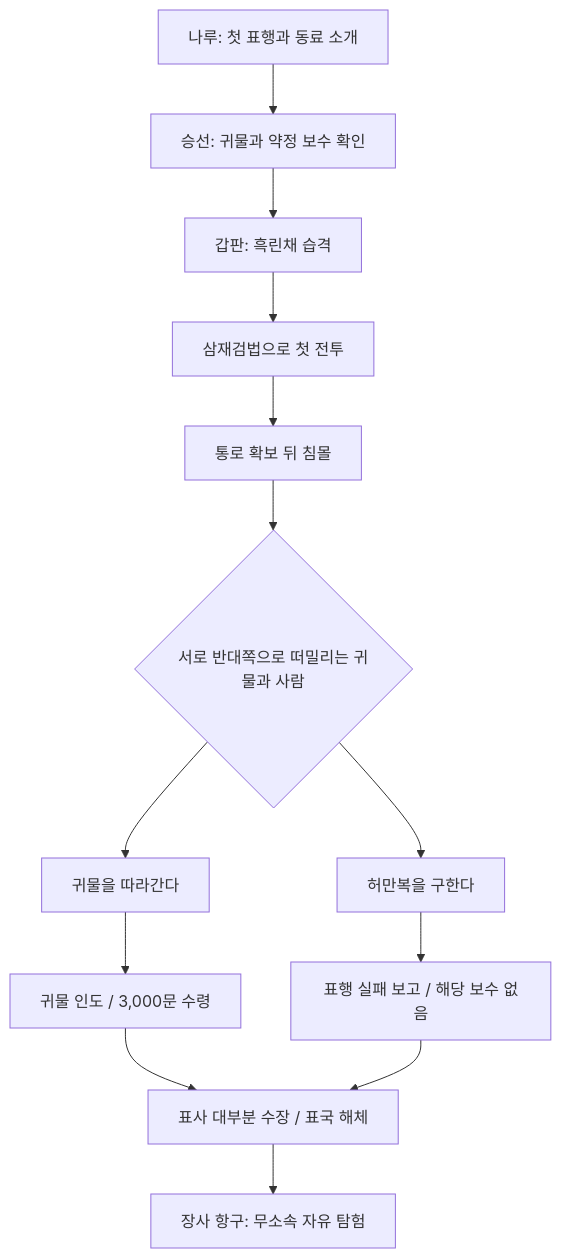
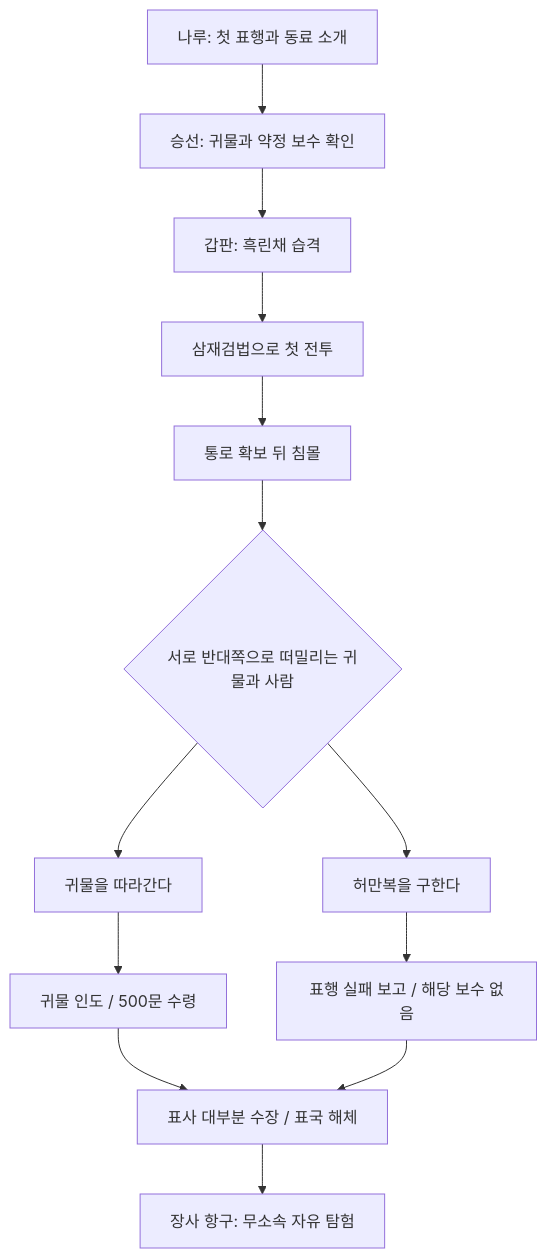
The diagram in docs/story/chapter-00-dialogues.md (UTopia0525/-), drawn with Mermaid before and after one commit. The commit also changed other lines of this file and 14 other files, not shown here.

````diff
--- a/docs/story/chapter-00-dialogues.md
+++ b/docs/story/chapter-00-dialogues.md
@@ -31,15 +31,15 @@
 ```mermaid
 flowchart TD
     A[나루: 첫 표행과 동료 소개] --> B[승선: 귀물과 약정 보수 확인]
     B --> C[갑판: 흑린채 습격]
     C --> D[삼재검법으로 첫 전투]
     D --> E[통로 확보 뒤 침몰]
     E --> F{서로 반대쪽으로 떠밀리는 귀물과 사람}
     F --> G[귀물을 따라간다]
     F --> H[허만복을 구한다]
-    G --> I[귀물 인도 / 3,000문 수령]
+    G --> I[귀물 인도 / 500문 수령]
     H --> J[표행 실패 보고 / 해당 보수 없음]
     I --> K[표사 대부분 수장 / 표국 해체]
     J --> K
     K --> L[장사 항구: 무소속 자유 탐험]
 ```
````
